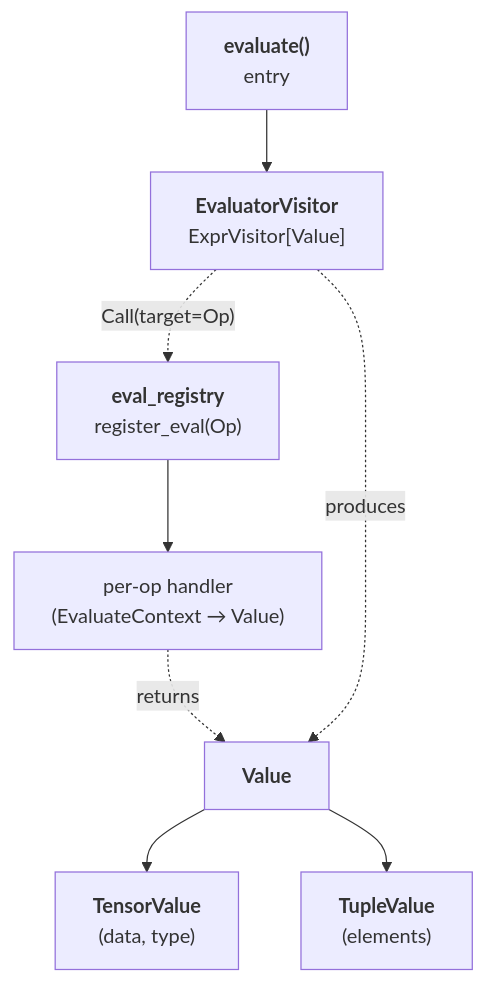
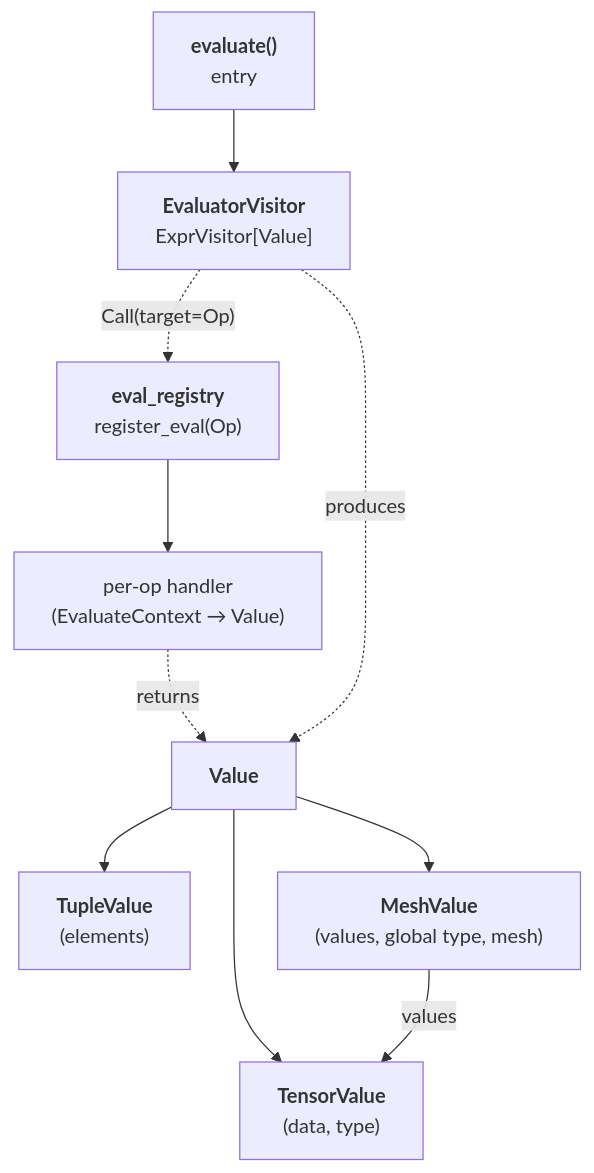
The diagram in docs/spec/evaluator.md (tile-ai/TileFoundry), drawn with Mermaid before and after one commit. The commit also changed other lines of this file and 15 other files, not shown here.

````diff
--- a/docs/spec/evaluator.md
+++ b/docs/spec/evaluator.md
@@ -8,18 +8,21 @@
 ```mermaid
 flowchart TB
     evaluate["<b>evaluate()</b><br/>entry"]
     Evaluator["<b>EvaluatorVisitor</b><br/>ExprVisitor[Value]"]
     registry["<b>eval_registry</b><br/>register_eval(Op)"]
     handler["per-op handler<br/>(EvaluateContext → Value)"]
     Value["<b>Value</b>"]
     TensorValue["<b>TensorValue</b><br/>(data, type)"]
     TupleValue["<b>TupleValue</b><br/>(elements)"]
+    MeshValue["<b>MeshValue</b><br/>(values, global type, mesh)"]
 
     evaluate --> Evaluator
     Evaluator -. "Call(target=Op)" .-> registry
     registry --> handler
     handler -. returns .-> Value
     Evaluator -. produces .-> Value
     Value --> TensorValue
     Value --> TupleValue
+    Value --> MeshValue
+    MeshValue -->|values| TensorValue
 ```
````
